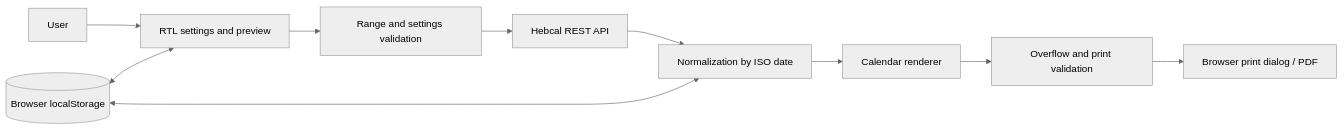
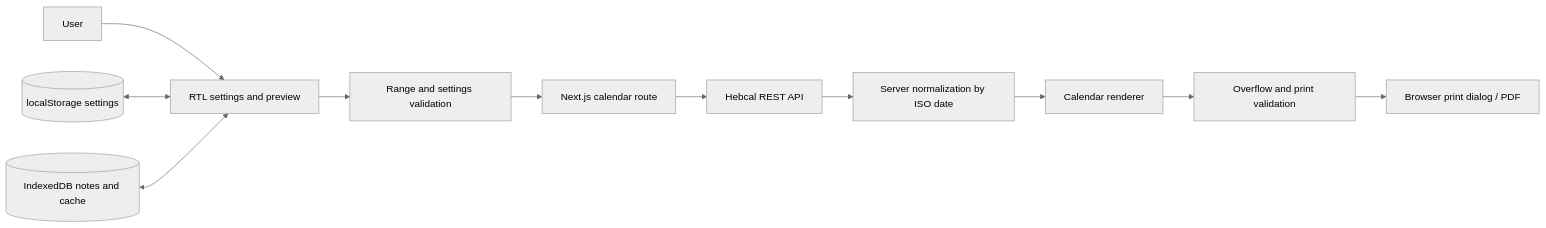
One commit to YakirBM/hebrew-calendar-studio changed the diagram in docs/SPECIFICATION_EN.md. Above: the diagram before and after it, drawn with Mermaid (neutral theme). The commit also changed other lines of this file and 69 other files, not shown here.

Commit message:
Migrate calendar studio to Next.js

````diff
--- a/docs/SPECIFICATION_EN.md
+++ b/docs/SPECIFICATION_EN.md
@@ -333,12 +334,13 @@
 ```mermaid
 flowchart LR
     U[User] --> UI[RTL settings and preview]
     UI --> V[Range and settings validation]
-    V --> API[Hebcal REST API]
-    API --> N[Normalization by ISO date]
+    V --> BFF[Next.js calendar route]
+    BFF --> API[Hebcal REST API]
+    API --> N[Server normalization by ISO date]
     N --> R[Calendar renderer]
-    LS[(Browser localStorage)] <--> UI
-    LS <--> N
+    LS[(localStorage settings)] <--> UI
+    IDB[(IndexedDB notes and cache)] <--> UI
     R --> O[Overflow and print validation]
     O --> P[Browser print dialog / PDF]
 ```
````
